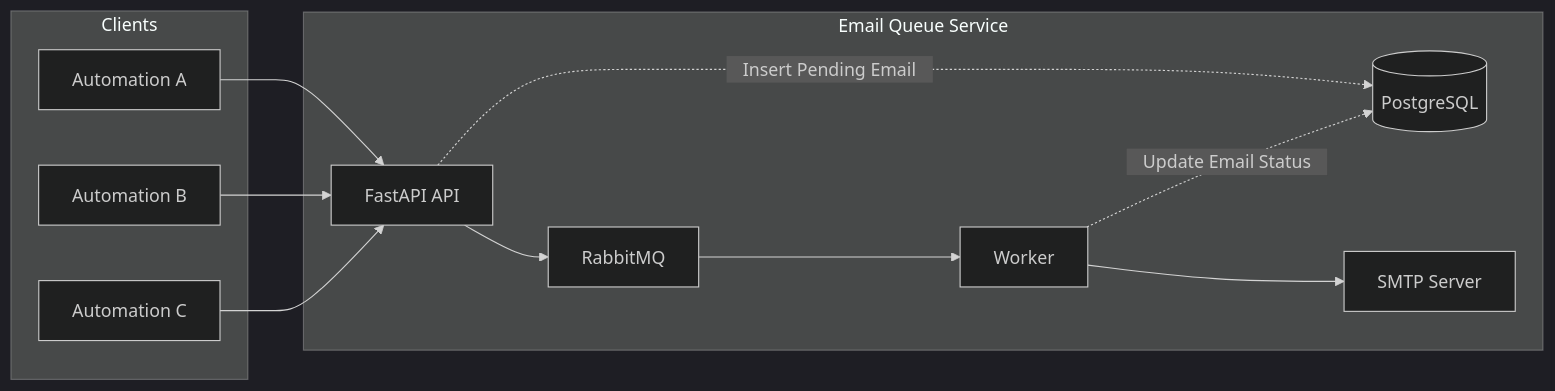
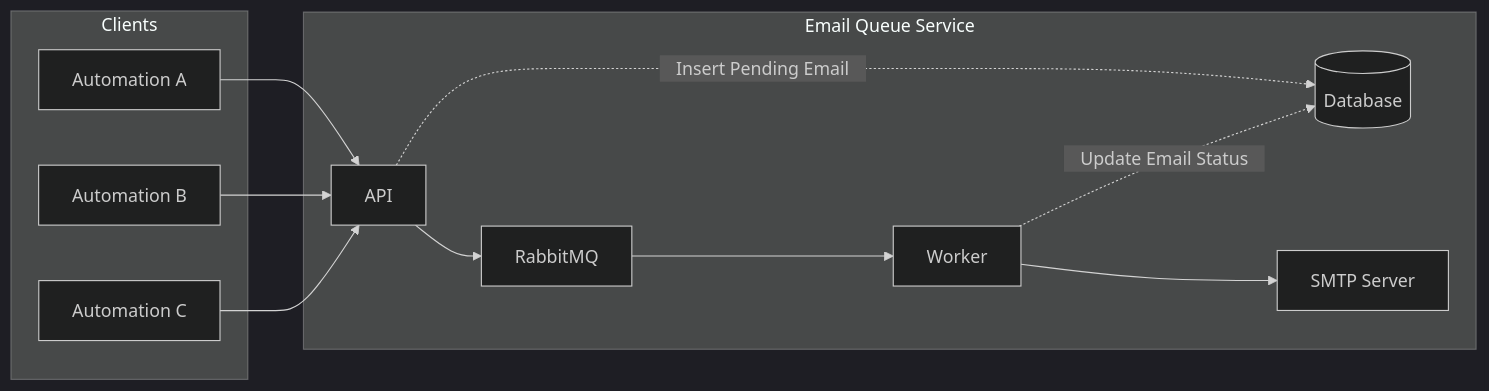
One commit to marksxiety/email-queue-service changed the diagram in README.md. Above: the diagram before and after it, drawn with Mermaid (dark theme).

Commit message:
chore: generalize the term for api and database

````diff
--- a/README.md
+++ b/README.md
@@ -7,25 +7,25 @@
 ```mermaid
 graph LR
     subgraph Clients
         A[Automation A]
         B[Automation B]
         C[Automation C]
     end
 
     subgraph Email Queue Service
-        D[FastAPI API]
-        E[(PostgreSQL)]
+        D[API]
+        E[(Database)]
         F[RabbitMQ]
         G[Worker]
         H[SMTP Server]
     end
 
     A --> D
     B --> D
     C --> D
     D -.->| ㅤInsert Pending Emailㅤ | E
     D --> F
     F --> G
     G -.->|ㅤUpdate Email Statusㅤ| E
     G --> H
 ```
````
